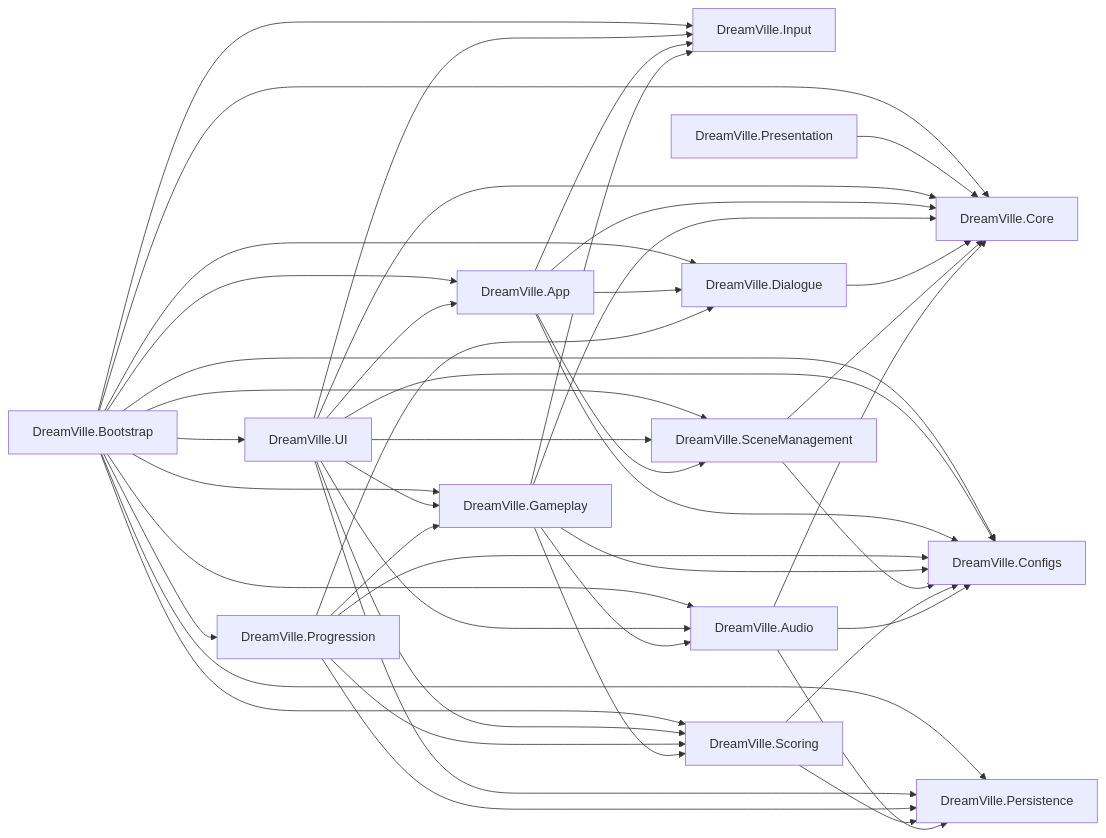
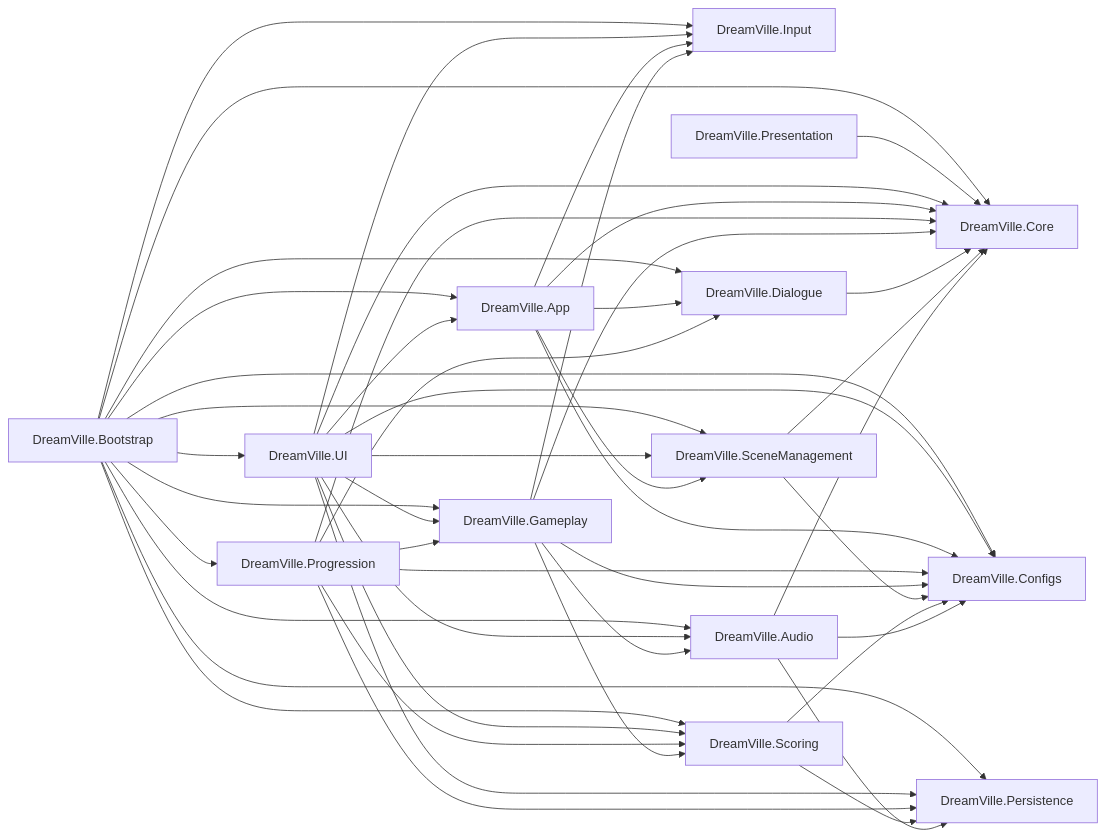
One commit to ruslanguba/DreamVille changed the diagram in Docs/adr/0002-assembly-layering.md. Above: the diagram before and after it, drawn with Mermaid. The commit also changed other lines of this file and 5 other files, not shown here.

````diff
--- a/Docs/adr/0002-assembly-layering.md
+++ b/Docs/adr/0002-assembly-layering.md
@@ -14,63 +14,64 @@
 ```mermaid
 graph LR
     Configs[DreamVille.Configs]
     Core[DreamVille.Core]
     Input[DreamVille.Input]
     Persistence[DreamVille.Persistence]
     Audio[DreamVille.Audio]
     Scoring[DreamVille.Scoring]
     SceneManagement[DreamVille.SceneManagement]
     Dialogue[DreamVille.Dialogue]
     Gameplay[DreamVille.Gameplay]
     Progression[DreamVille.Progression]
     App[DreamVille.App]
     UI[DreamVille.UI]
     Presentation[DreamVille.Presentation]
     Bootstrap[DreamVille.Bootstrap]
 
     Audio --> Configs
     Audio --> Core
     Audio --> Persistence
     Scoring --> Configs
     Scoring --> Persistence
     SceneManagement --> Core
     SceneManagement --> Configs
     Dialogue --> Core
     Gameplay --> Audio
     Gameplay --> Configs
     Gameplay --> Core
     Gameplay --> Input
     Gameplay --> Scoring
     Progression --> Configs
+    Progression --> Core
     Progression --> Dialogue
     Progression --> Gameplay
     Progression --> Persistence
     Progression --> Scoring
     App --> Configs
     App --> Core
     App --> Dialogue
     App --> Input
     App --> SceneManagement
     UI --> App
     UI --> Audio
     UI --> Configs
     UI --> Core
     UI --> Gameplay
     UI --> Input
     UI --> Persistence
     UI --> SceneManagement
     UI --> Scoring
     Presentation --> Core
     Bootstrap --> App
     Bootstrap --> Audio
     Bootstrap --> Configs
     Bootstrap --> Core
     Bootstrap --> Dialogue
     Bootstrap --> Gameplay
     Bootstrap --> Input
     Bootstrap --> Persistence
     Bootstrap --> Progression
     Bootstrap --> SceneManagement
     Bootstrap --> Scoring
     Bootstrap --> UI
 ```
````
